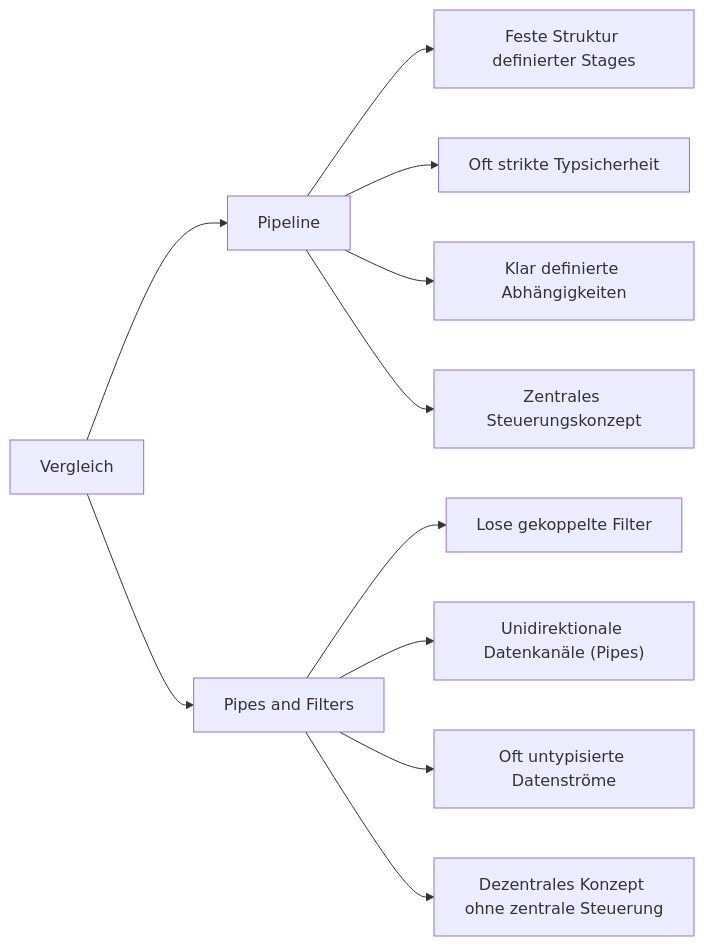
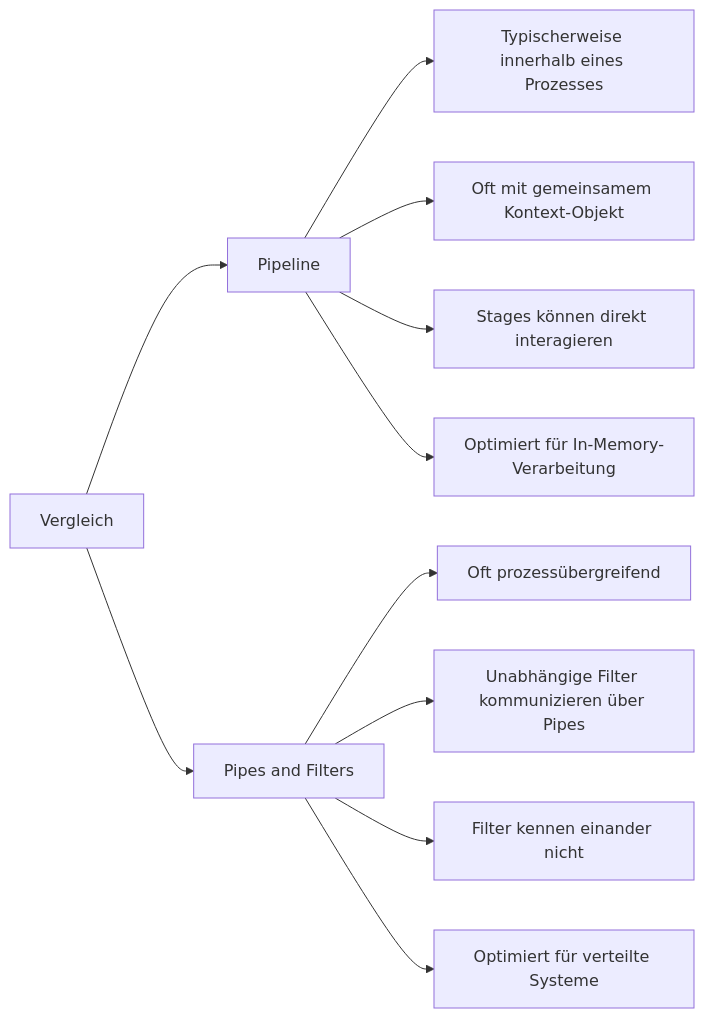
Before and after one commit to scimbe/VS_Pattern_By_KI: the fifth of 13 diagrams in Pipeline/docs/PATTERNS_COMPARISON.md, drawn with Mermaid. The commit also changed other lines of this file and 19 other files, not shown here.

````diff
--- a/Pipeline/docs/PATTERNS_COMPARISON.md
+++ b/Pipeline/docs/PATTERNS_COMPARISON.md
@@ -90,15 +94,15 @@
 ```mermaid
 flowchart LR
     A[Vergleich] --> B[Pipeline]
     A --> C[Pipes and Filters]
     
-    B --> B1["Feste Struktur definierter Stages"]
-    B --> B2["Oft strikte Typsicherheit"]
-    B --> B3["Klar definierte Abhängigkeiten"]
-    B --> B4["Zentrales Steuerungskonzept"]
+    B --> B1["Typischerweise innerhalb eines Prozesses"]
+    B --> B2["Oft mit gemeinsamem Kontext-Objekt"]
+    B --> B3["Stages können direkt interagieren"]
+    B --> B4["Optimiert für In-Memory-Verarbeitung"]
     
-    C --> C1["Lose gekoppelte Filter"]
-    C --> C2["Unidirektionale Datenkanäle (Pipes)"]
-    C --> C3["Oft untypisierte Datenströme"]
-    C --> C4["Dezentrales Konzept ohne zentrale Steuerung"]
+    C --> C1["Oft prozessübergreifend"]
+    C --> C2["Unabhängige Filter kommunizieren über Pipes"]
+    C --> C3["Filter kennen einander nicht"]
+    C --> C4["Optimiert für verteilte Systeme"]
 ```
````
